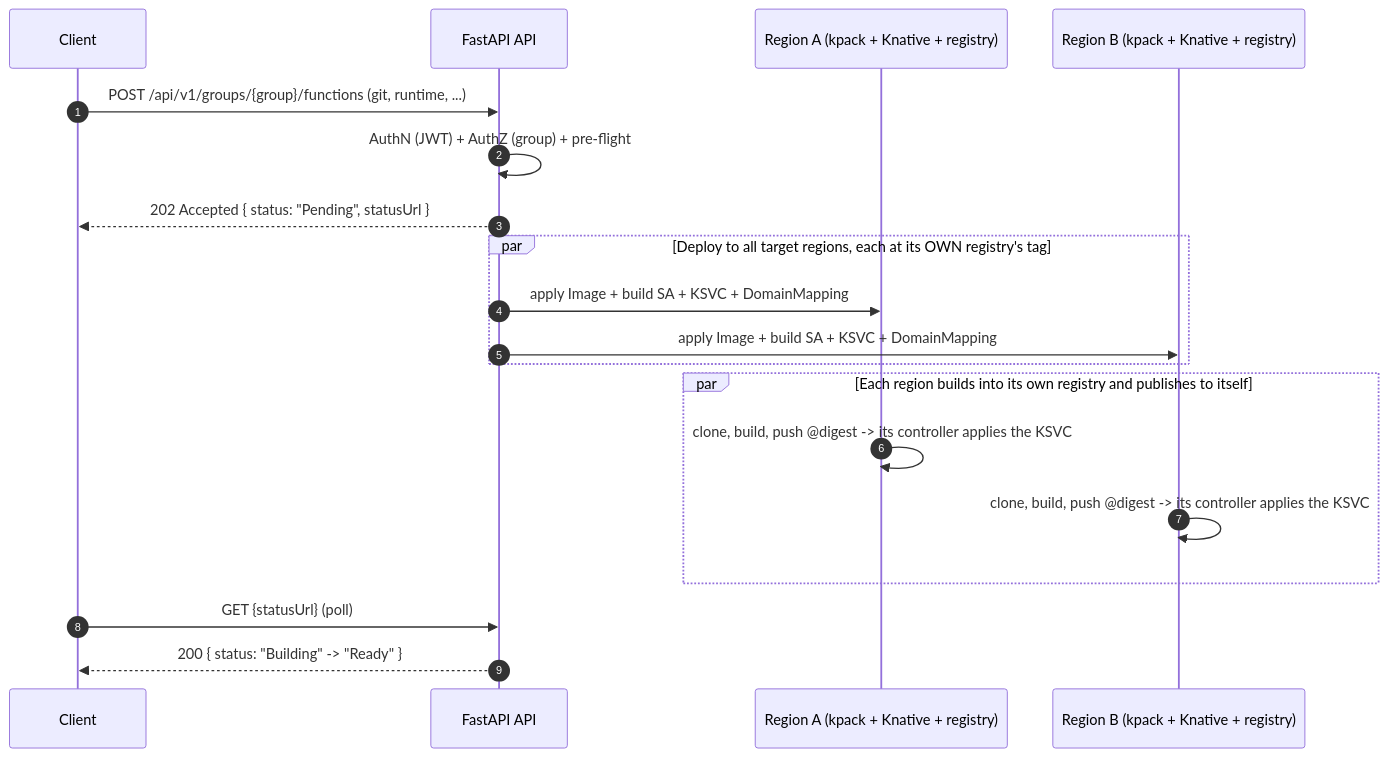
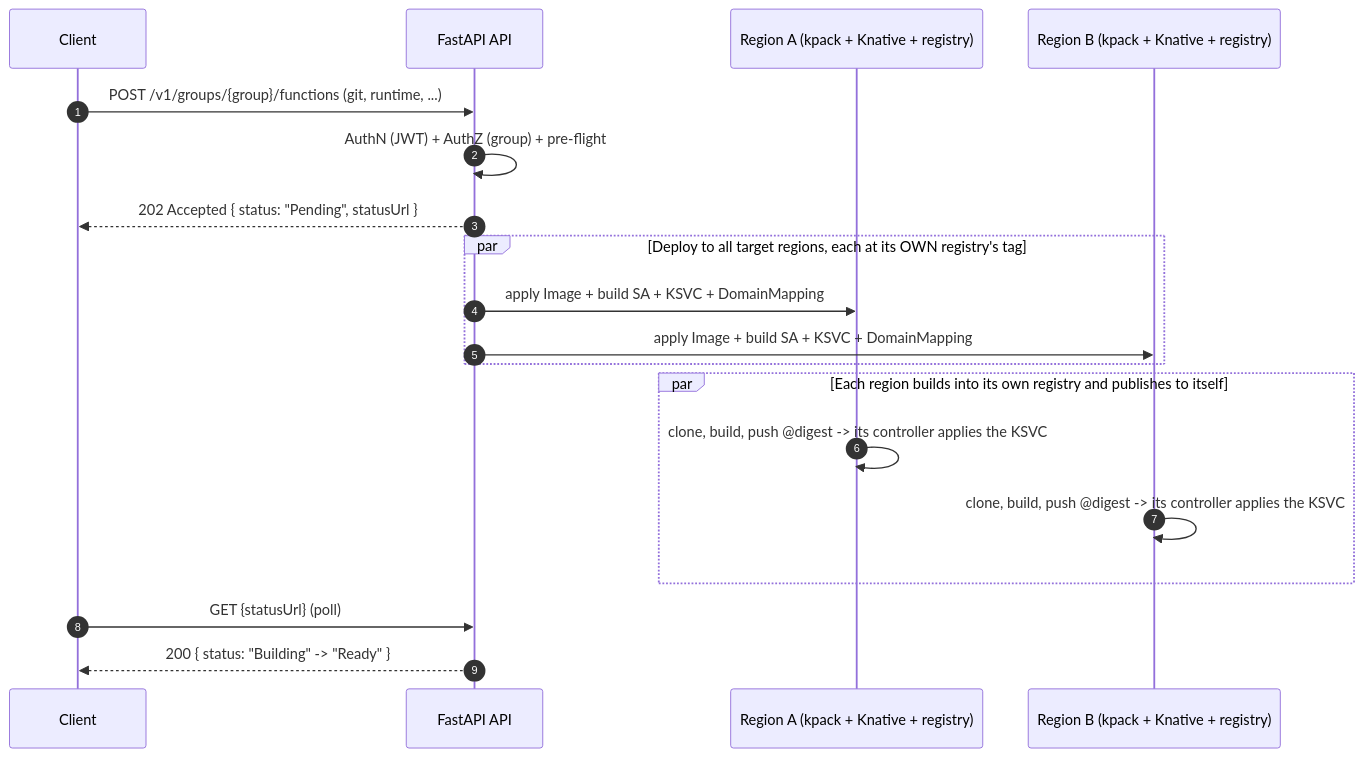
The diagram in docs/FUNCTIONS.md (black-cloudlet/serverless), drawn with Mermaid before and after one commit. The commit also changed other lines of this file and 29 other files, not shown here.

````diff
--- a/docs/FUNCTIONS.md
+++ b/docs/FUNCTIONS.md
@@ -56,22 +56,22 @@
 ```mermaid
 sequenceDiagram
     autonumber
     participant U as Client
     participant API as FastAPI API
     participant ZA as Region A (kpack + Knative + registry)
     participant ZB as Region B (kpack + Knative + registry)
 
-    U->>API: POST /api/v1/groups/{group}/functions (git, runtime, ...)
+    U->>API: POST /v1/groups/{group}/functions (git, runtime, ...)
     API->>API: AuthN (JWT) + AuthZ (group) + pre-flight
     API-->>U: 202 Accepted { status: "Pending", statusUrl }
     par Deploy to all target regions, each at its OWN registry's tag
         API->>ZA: apply Image + build SA + KSVC + DomainMapping
         API->>ZB: apply Image + build SA + KSVC + DomainMapping
     end
     par Each region builds into its own registry and publishes to itself
         ZA->>ZA: clone, build, push @digest -> its controller applies the KSVC
         ZB->>ZB: clone, build, push @digest -> its controller applies the KSVC
     end
     U->>API: GET {statusUrl} (poll)
     API-->>U: 200 { status: "Building" -> "Ready" }
 ```
````
